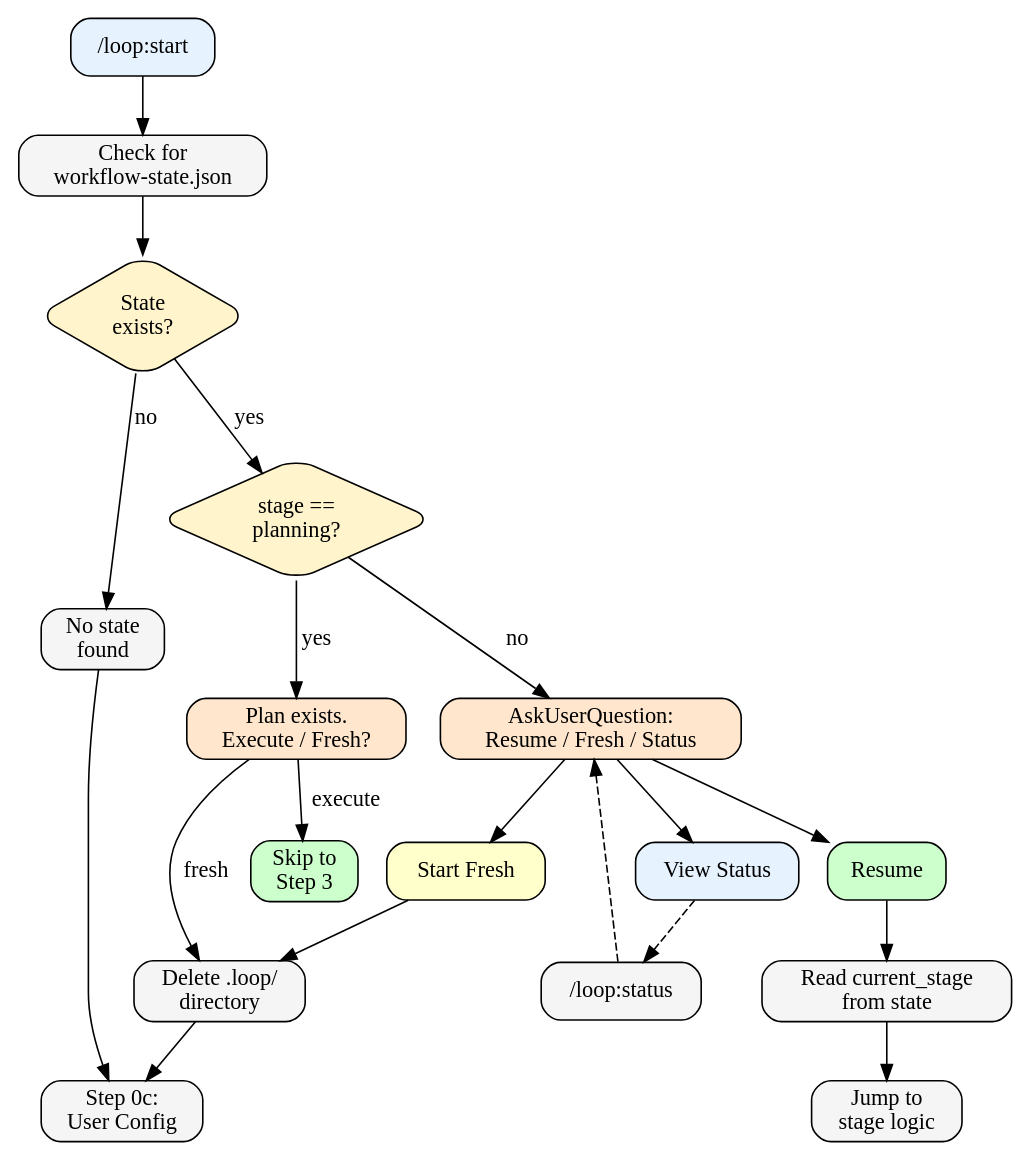
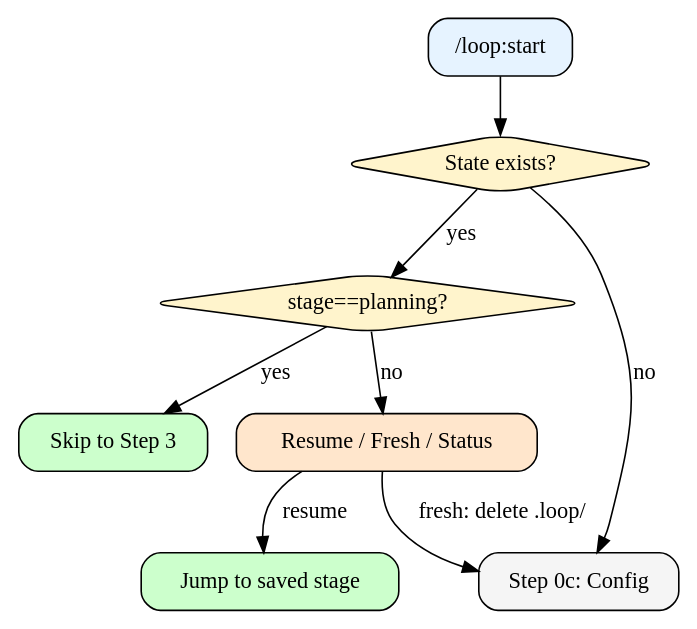
One commit to saadshahd/moo.md changed the first of 2 diagrams in loop/skills/start/SKILL.md. Above: the diagram before and after it, drawn with Graphviz. The commit also changed other lines of this file and 176 other files, not shown here.

````diff
--- a/loop/skills/start/SKILL.md
+++ b/loop/skills/start/SKILL.md
@@ -54,43 +34,20 @@
 ```dot
 digraph ResumeDecision {
   rankdir=TB
   node [shape=box, style="rounded,filled", fillcolor="#f5f5f5"]
-
   Start [label="/loop:start", fillcolor="#e6f3ff"]
-  Check [label="Check for\nworkflow-state.json"]
-  Exists [label="State\nexists?", shape=diamond, fillcolor="#fff4cc"]
-  NoState [label="No state\nfound"]
-  PlanCheck [label="stage ==\nplanning?", shape=diamond, fillcolor="#fff4cc"]
-  PlanAsk [label="Plan exists.\nExecute / Fresh?", fillcolor="#ffe6cc"]
-  SkipToDecompose [label="Skip to\nStep 3", fillcolor="#ccffcc"]
-  Ask [label="AskUserQuestion:\nResume / Fresh / Status", fillcolor="#ffe6cc"]
-
-  Resume [label="Resume", fillcolor="#ccffcc"]
-  Fresh [label="Start Fresh", fillcolor="#ffffcc"]
-  Status [label="View Status", fillcolor="#e6f3ff"]
-
-  ReadStage [label="Read current_stage\nfrom state"]
-  SkipTo [label="Jump to\nstage logic"]
-  Delete [label="Delete .loop/\ndirectory"]
-  ShowStatus [label="/loop:status"]
-  Config [label="Step 0c:\nUser Config"]
-
-  Start -> Check -> Exists
-  Exists -> PlanCheck [label="yes"]
-  Exists -> NoState [label="no"]
-  NoState -> Config
-
-  PlanCheck -> PlanAsk [label="yes"]
-  PlanCheck -> Ask [label="no"]
-  PlanAsk -> SkipToDecompose [label="execute"]
-  PlanAsk -> Delete [label="fresh"]
-
-  Ask -> Resume
-  Ask -> Fresh
-  Ask -> Status
-
-  Resume -> ReadStage -> SkipTo
-  Fresh -> Delete -> Config
-  Status -> ShowStatus -> Ask [style=dashed]
+  Exists [label="State exists?", shape=diamond, fillcolor="#fff4cc"]
+  Planning [label="stage==planning?", shape=diamond, fillcolor="#fff4cc"]
+  Ask [label="Resume / Fresh / Status", fillcolor="#ffe6cc"]
+  Config [label="Step 0c: Config", fillcolor="#f5f5f5"]
+  Skip3 [label="Skip to Step 3", fillcolor="#ccffcc"]
+  Jump [label="Jump to saved stage", fillcolor="#ccffcc"]
+  Start -> Exists
+  Exists -> Planning [label="yes"]
+  Exists -> Config [label="no"]
+  Planning -> Skip3 [label="yes"]
+  Planning -> Ask [label="no"]
+  Ask -> Jump [label="resume"]
+  Ask -> Config [label="fresh: delete .loop/"]
 }
 ```
````
